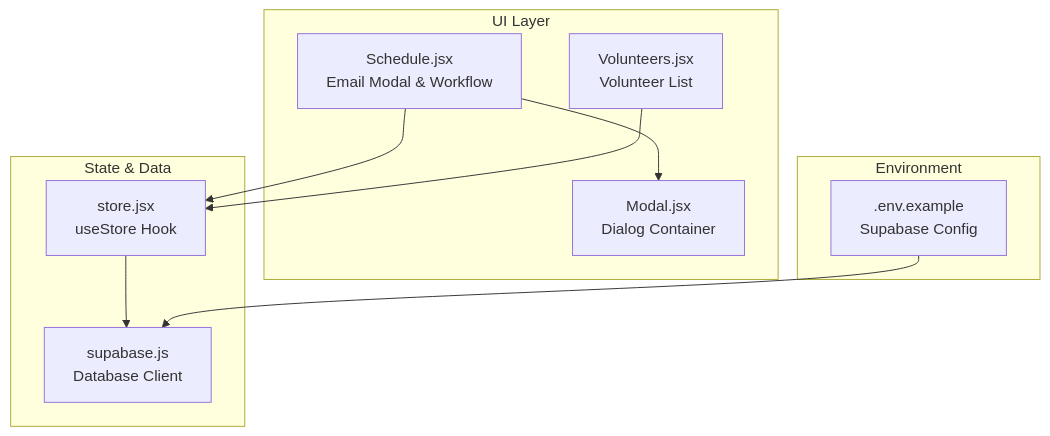
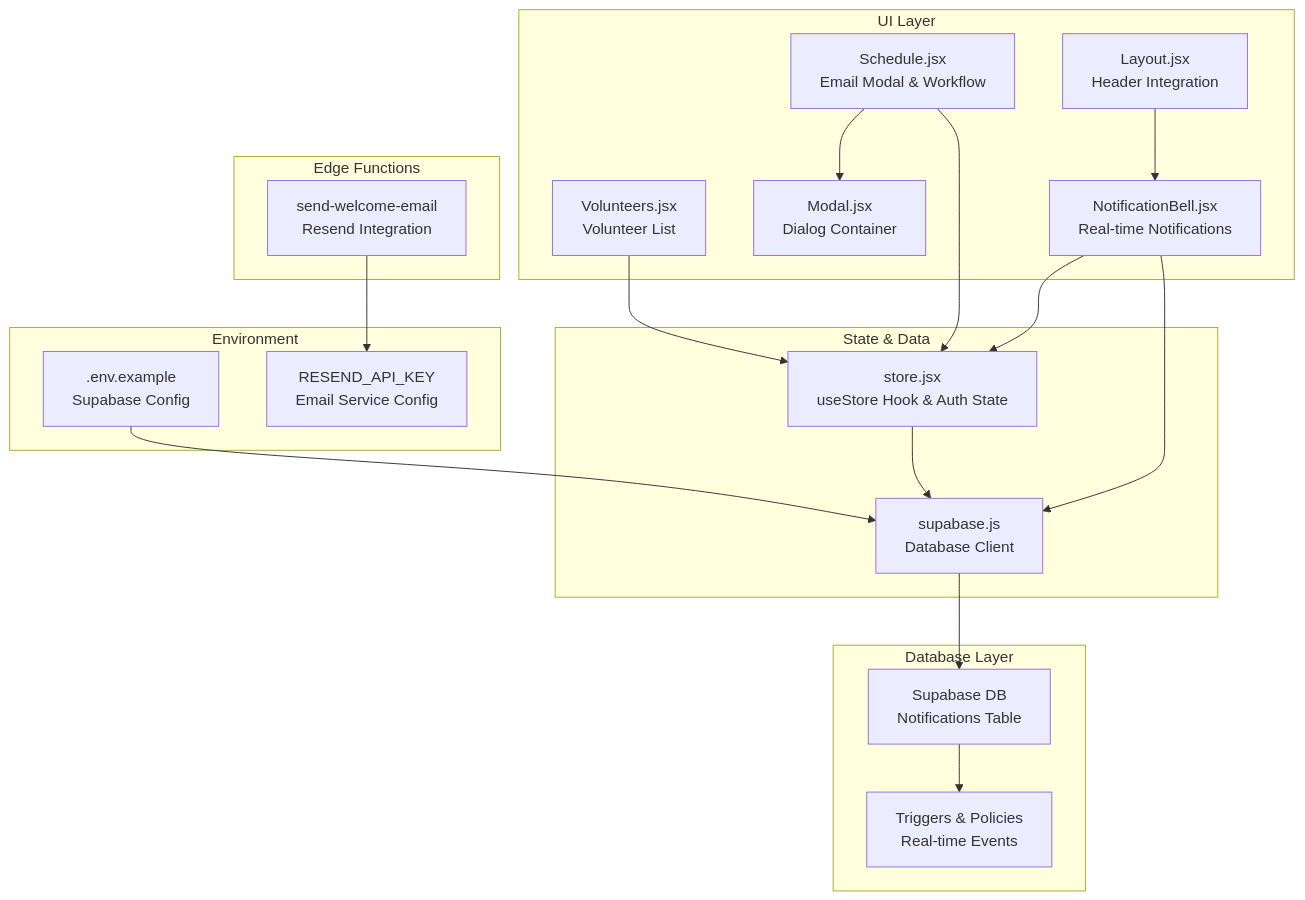
The first of 10 diagrams in .qoder/repowiki/en/content/Service Scheduling Platform/Email Notification Integration.md (netdaniel/serveflow), drawn with Mermaid before and after one commit. The commit also changed other lines of this file and 9 other files, not shown here.

Commit message:
Add Supabase CLI binary and notification system files

````diff
--- a/.qoder/repowiki/en/content/Service Scheduling Platform/Email Notification Integration.md
+++ b/.qoder/repowiki/en/content/Service Scheduling Platform/Email Notification Integration.md
@@ -36,20 +53,36 @@
 ```mermaid
 graph TB
 subgraph "UI Layer"
 S["Schedule.jsx<br/>Email Modal & Workflow"]
 V["Volunteers.jsx<br/>Volunteer List"]
 M["Modal.jsx<br/>Dialog Container"]
+NB["NotificationBell.jsx<br/>Real-time Notifications"]
+L["Layout.jsx<br/>Header Integration"]
 end
 subgraph "State & Data"
-ST["store.jsx<br/>useStore Hook"]
+ST["store.jsx<br/>useStore Hook & Auth State"]
 SUP["supabase.js<br/>Database Client"]
+end
+subgraph "Database Layer"
+DB["Supabase DB<br/>Notifications Table"]
+TRIGGERS["Triggers & Policies<br/>Real-time Events"]
+end
+subgraph "Edge Functions"
+EF["send-welcome-email<br/>Resend Integration"]
 end
 subgraph "Environment"
 ENV[".env.example<br/>Supabase Config"]
+RES["RESEND_API_KEY<br/>Email Service Config"]
 end
 S --> M
 S --> ST
 V --> ST
+NB --> ST
+NB --> SUP
+L --> NB
 ST --> SUP
+SUP --> DB
+DB --> TRIGGERS
+EF --> RES
 ENV --> SUP
 ```
````
